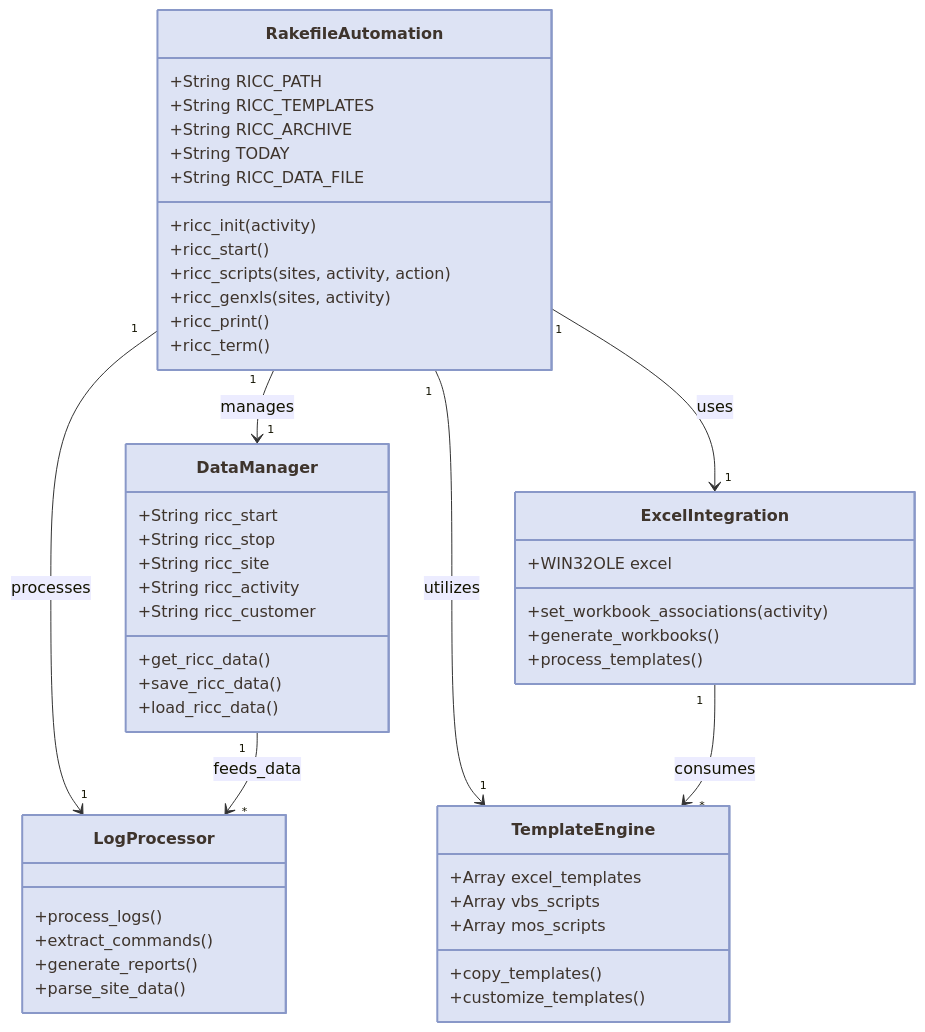
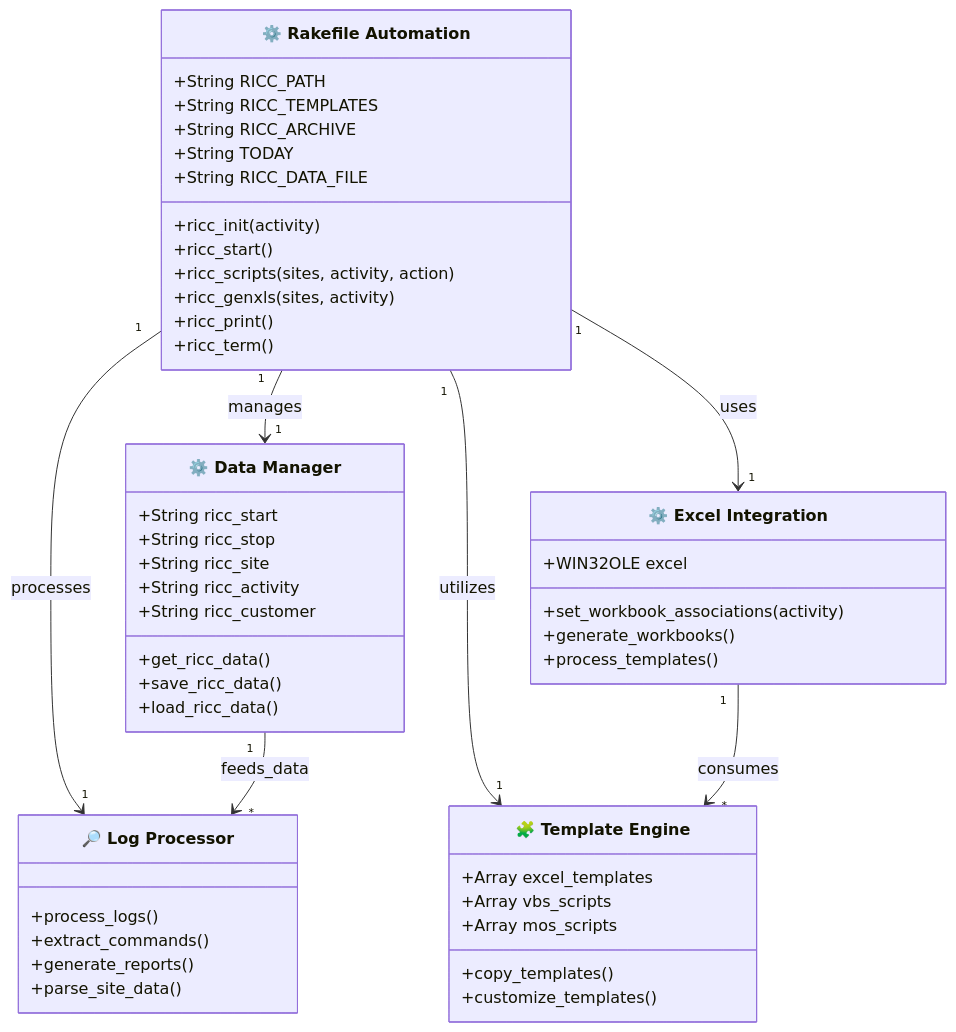
Before and after one commit to enogrob/project-automation-mop: the second of 4 diagrams in README.md, drawn with Mermaid. The commit also changed other lines of this file, not shown here.

````diff
--- a/README.md
+++ b/README.md
@@ -112,58 +112,56 @@
 ```mermaid
 classDiagram
-    class RakefileAutomation {
+    class RakefileAutomation["⚙️ Rakefile Automation"] {
         +String RICC_PATH
         +String RICC_TEMPLATES
         +String RICC_ARCHIVE
         +String TODAY
         +String RICC_DATA_FILE
         +ricc_init(activity)
         +ricc_start()
         +ricc_scripts(sites, activity, action)
         +ricc_genxls(sites, activity)
         +ricc_print()
         +ricc_term()
     }
     
-    class DataManager {
+    class DataManager["⚙️ Data Manager"] {
         +String ricc_start
         +String ricc_stop
         +String ricc_site
         +String ricc_activity
         +String ricc_customer
         +get_ricc_data()
         +save_ricc_data()
         +load_ricc_data()
     }
     
-    class ExcelIntegration {
+    class ExcelIntegration["⚙️ Excel Integration"] {
         +WIN32OLE excel
         +set_workbook_associations(activity)
         +generate_workbooks()
         +process_templates()
     }
     
-    class LogProcessor {
+    class LogProcessor["🔎 Log Processor"] {
         +process_logs()
         +extract_commands()
         +generate_reports()
         +parse_site_data()
     }
     
-    class TemplateEngine {
+    class TemplateEngine["🧩 Template Engine"] {
         +Array excel_templates
         +Array vbs_scripts
         +Array mos_scripts
         +copy_templates()
         +customize_templates()
     }
     
     RakefileAutomation "1" --> "1" DataManager : manages
     RakefileAutomation "1" --> "1" ExcelIntegration : uses
     RakefileAutomation "1" --> "1" LogProcessor : processes
     RakefileAutomation "1" --> "1" TemplateEngine : utilizes
     DataManager "1" --> "*" LogProcessor : feeds_data
     ExcelIntegration "1" --> "*" TemplateEngine : consumes
-    
-    classDef default fill:#DDE3F4,stroke:#8998C8,color:#3E342C,stroke-width:2px
 ```
````
